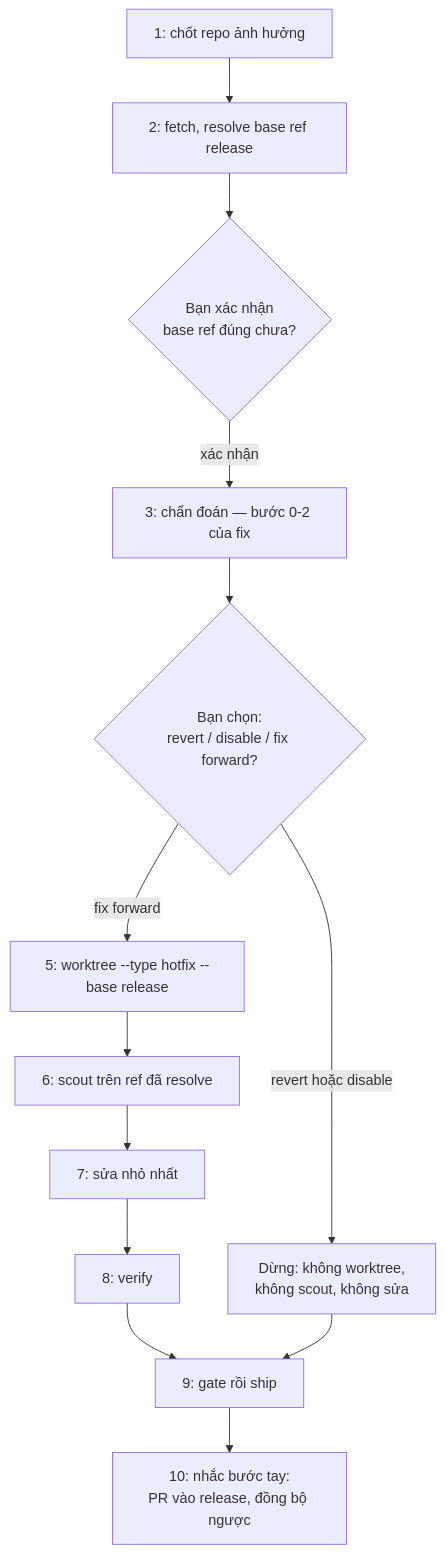
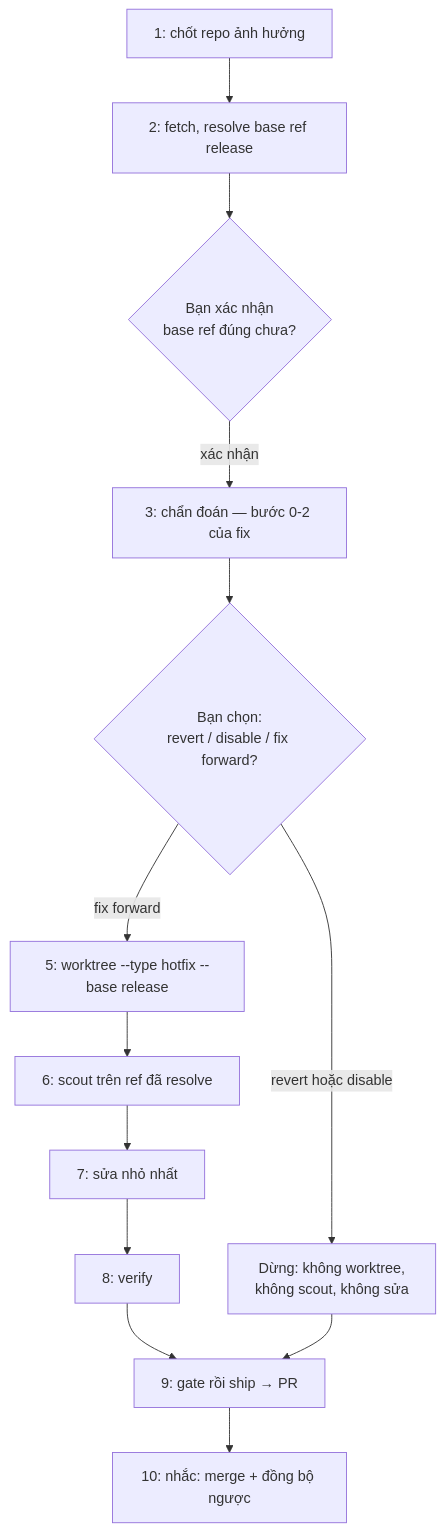
Before and after one commit to ZenifyAIContactCenter/zenify-kit: the diagram in website/workflows/hotfix.md, drawn with Mermaid. The commit also changed other lines of this file and 3 other files, not shown here.

````diff
--- a/website/workflows/hotfix.md
+++ b/website/workflows/hotfix.md
@@ -32,15 +32,15 @@
 ```mermaid
 flowchart TD
   A[1: chốt repo ảnh hưởng] --> B[2: fetch, resolve base ref release]
   B --> C{Bạn xác nhận<br/>base ref đúng chưa?}
   C -- xác nhận --> D[3: chẩn đoán — bước 0-2 của fix]
   D --> E{Bạn chọn:<br/>revert / disable / fix forward?}
   E -- revert hoặc disable --> F[Dừng: không worktree,<br/>không scout, không sửa]
   E -- fix forward --> G[5: worktree --type hotfix --base release]
   G --> H[6: scout trên ref đã resolve]
   H --> I[7: sửa nhỏ nhất]
   I --> J[8: verify]
-  J --> K[9: gate rồi ship]
+  J --> K[9: gate rồi ship → PR]
   F --> K
-  K --> L[10: nhắc bước tay:<br/>PR vào release, đồng bộ ngược]
+  K --> L[10: nhắc: merge + đồng bộ ngược]
 ```
````
